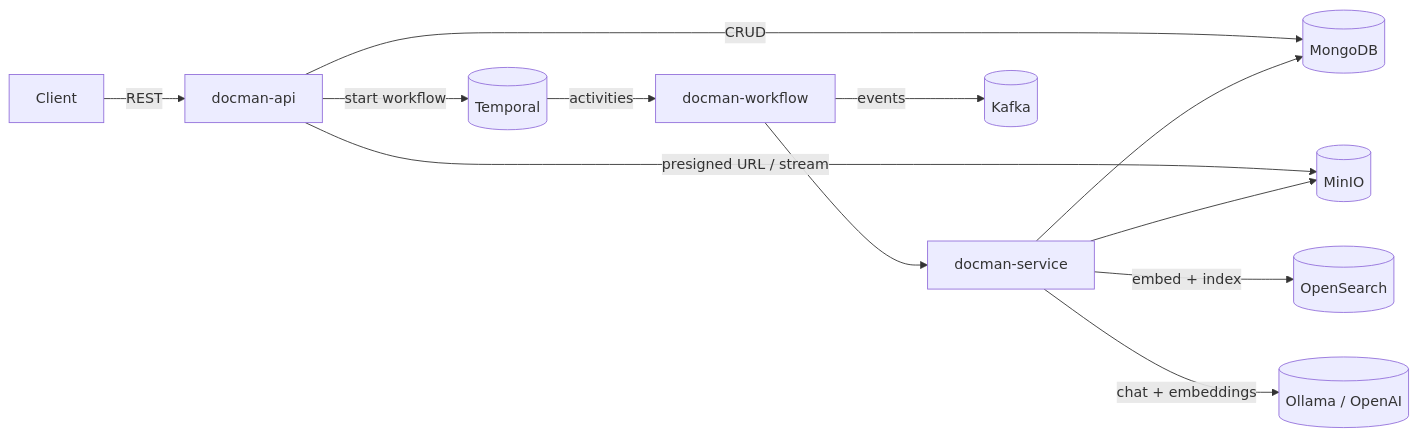
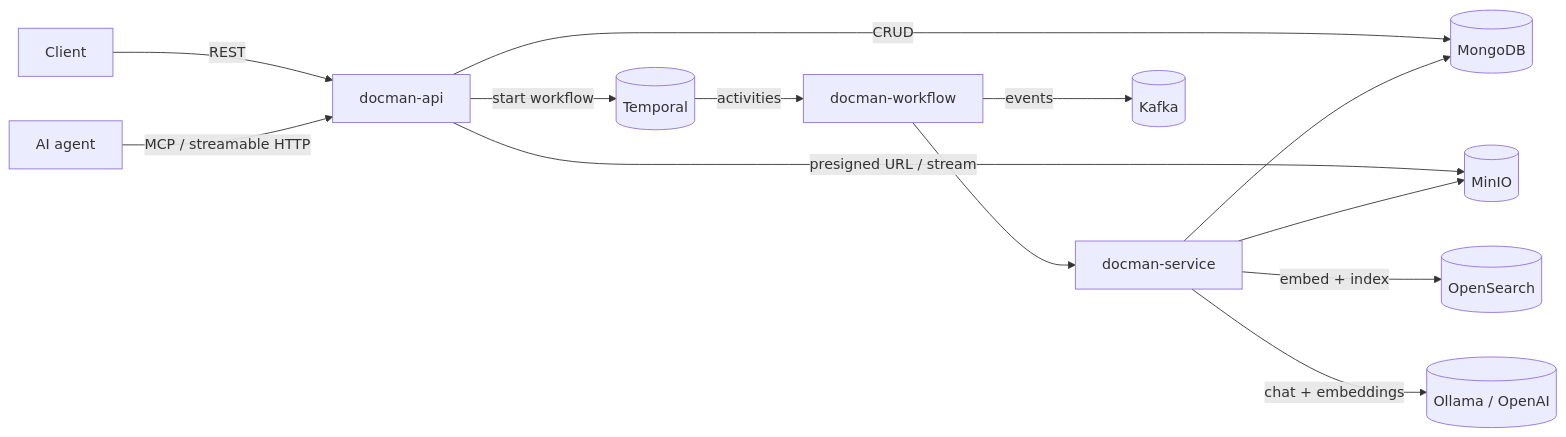
Before and after one commit to kamranzafar/docman-ai: the first of 4 diagrams in docs/ARCHITECTURE.md, drawn with Mermaid. The commit also changed other lines of this file and 9 other files, not shown here.

````diff
--- a/docs/ARCHITECTURE.md
+++ b/docs/ARCHITECTURE.md
@@ -11,14 +11,15 @@
 ```mermaid
 flowchart LR
     Client -->|REST| API[docman-api]
+    Agent[AI agent] -->|MCP / streamable HTTP| API
     API -->|start workflow| Temporal[(Temporal)]
     API -->|CRUD| Mongo[(MongoDB)]
     API -->|presigned URL / stream| MinIO[(MinIO)]
     Temporal -->|activities| Workflow[docman-workflow]
     Workflow --> DocmanService[docman-service]
     DocmanService --> Mongo
     DocmanService --> MinIO
     DocmanService -->|embed + index| OpenSearch[(OpenSearch)]
     DocmanService -->|chat + embeddings| Model[(Ollama / OpenAI)]
     Workflow -->|events| Kafka[(Kafka)]
 ```
````
